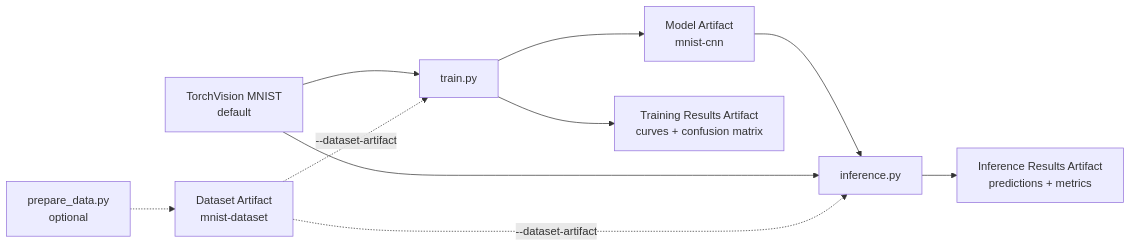
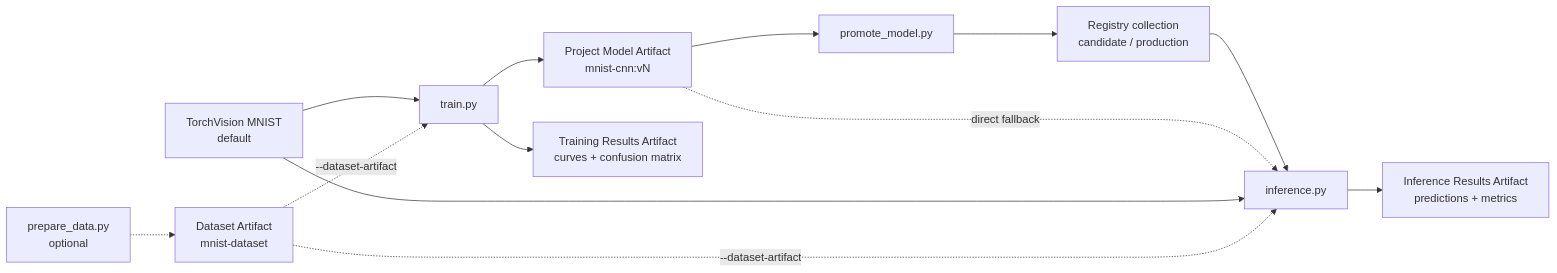
One commit to patrickfan/wandb-pytorch-onboarding changed the diagram in README.md. Above: the diagram before and after it, drawn with Mermaid. The commit also changed other lines of this file and 8 other files, not shown here.

````diff
--- a/README.md
+++ b/README.md
@@ -10,13 +10,16 @@
 ```mermaid
 flowchart LR
     A["TorchVision MNIST<br/>default"] --> C["train.py"]
-    C --> D["Model Artifact<br/>mnist-cnn"]
+    C --> D["Project Model Artifact<br/>mnist-cnn:vN"]
     C --> E["Training Results Artifact<br/>curves + confusion matrix"]
-    D --> F["inference.py"]
+    D --> R["promote_model.py"]
+    R --> M["Registry collection<br/>candidate / production"]
+    M --> F["inference.py"]
+    D -. "direct fallback" .-> F
     A --> F
     F --> G["Inference Results Artifact<br/>predictions + metrics"]
 
     P["prepare_data.py<br/>optional"] -.-> B["Dataset Artifact<br/>mnist-dataset"]
     B -. "--dataset-artifact" .-> C
     B -. "--dataset-artifact" .-> F
 ```
````
